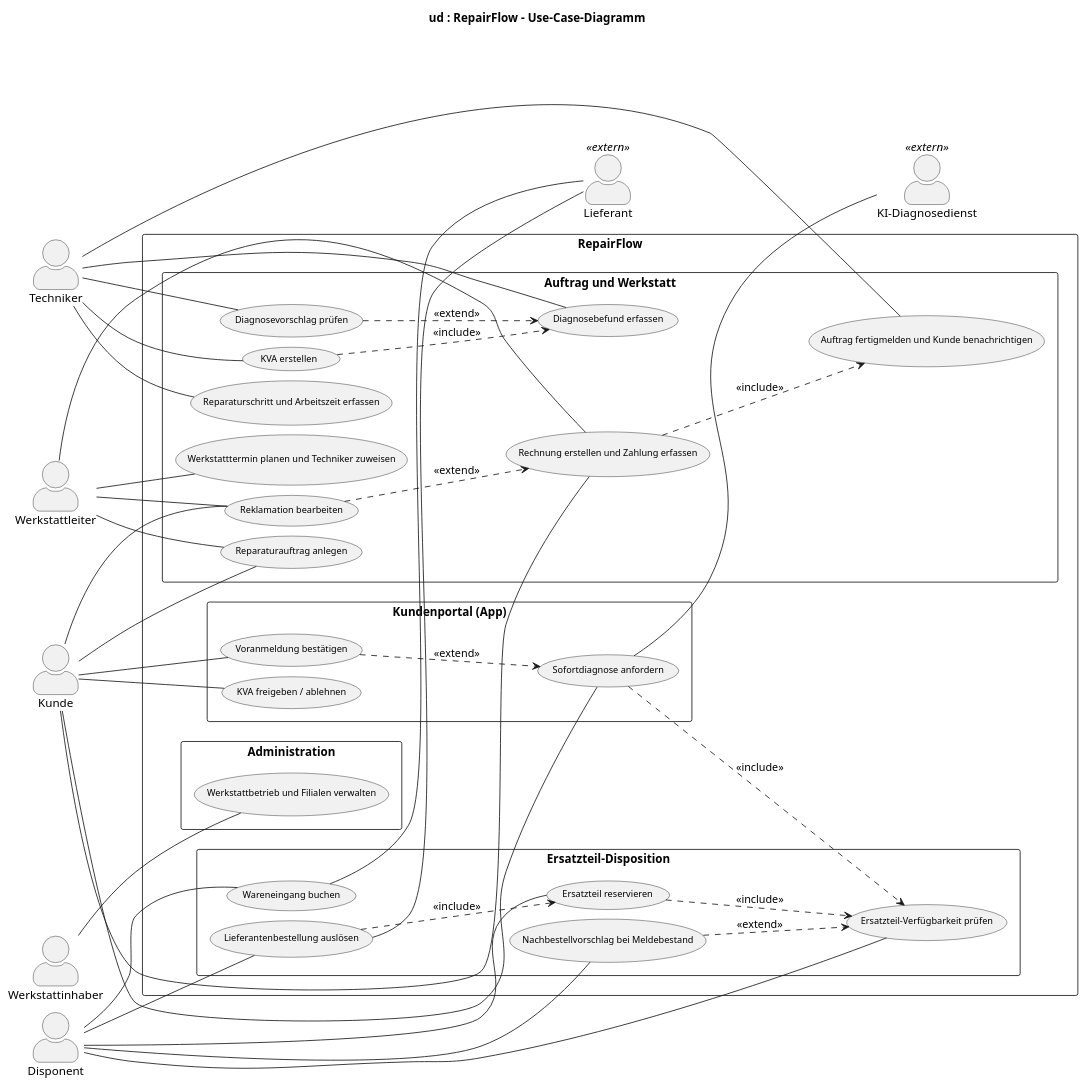
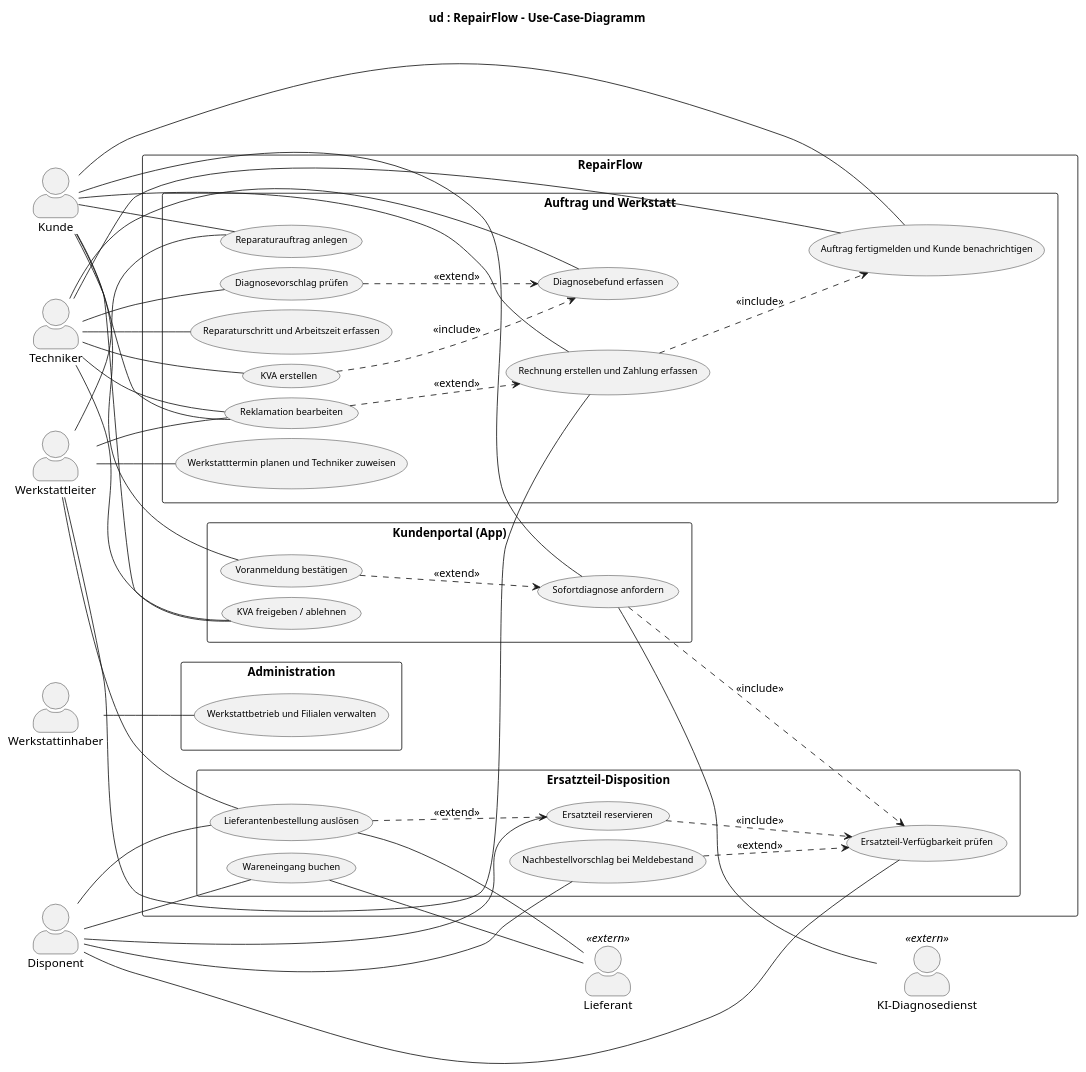
Before and after one commit to jakobschwan123-cmd/casestudy-semester-3: the diagram in uml/usecase.puml, drawn with PlantUML. The commit also changed 72 other files, not shown here.

```diff
--- a/uml/usecase.puml
+++ b/uml/usecase.puml
@@ -1,83 +1,87 @@
 @startuml
 left to right direction
 skinparam packageStyle rectangle
 skinparam defaultFontName Arial
 skinparam usecaseFontSize 11
 skinparam actorStyle awesome
 skinparam nodesep 12
 skinparam ranksep 60
 title ud : RepairFlow – Use-Case-Diagramm
 
 actor "Kunde" as Kunde
 actor "Techniker" as Techniker
 actor "Disponent" as Disponent
 actor "Werkstattleiter" as Werkstattleiter
 actor "Werkstattinhaber" as Werkstattinhaber
 
 rectangle "RepairFlow" {
   rectangle "Kundenportal (App)" {
     usecase "Sofortdiagnose anfordern" as UC01
     usecase "Voranmeldung bestätigen" as UC02
     usecase "KVA freigeben / ablehnen" as UC07
   }
   rectangle "Auftrag und Werkstatt" {
     usecase "Reparaturauftrag anlegen" as UC03
     usecase "Werkstatttermin planen und Techniker zuweisen" as UC17
     usecase "Diagnosevorschlag prüfen" as UC04
     usecase "Diagnosebefund erfassen" as UC05
     usecase "KVA erstellen" as UC06
     usecase "Reparaturschritt und Arbeitszeit erfassen" as UC13
     usecase "Auftrag fertigmelden und Kunde benachrichtigen" as UC14
     usecase "Rechnung erstellen und Zahlung erfassen" as UC15
     usecase "Reklamation bearbeiten" as UC16
   }
   rectangle "Ersatzteil-Disposition" {
     usecase "Ersatzteil-Verfügbarkeit prüfen" as UC08
     usecase "Ersatzteil reservieren" as UC09
     usecase "Lieferantenbestellung auslösen" as UC10
     usecase "Wareneingang buchen" as UC11
     usecase "Nachbestellvorschlag bei Meldebestand" as UC12
   }
   rectangle "Administration" {
     usecase "Werkstattbetrieb und Filialen verwalten" as UC18
   }
 }
 
 actor "Lieferant" as Lieferant <<extern>>
 actor "KI-Diagnosedienst" as KIDienst <<extern>>
 
 Kunde -- UC01
 Kunde -- UC02
 Kunde -- UC03
 Kunde -- UC07
+Kunde -- UC14
 Kunde -- UC15
 Kunde -- UC16
 Techniker -- UC04
 Techniker -- UC05
 Techniker -- UC06
+Techniker -- UC07
 Techniker -- UC13
 Techniker -- UC14
+Techniker -- UC16
 Disponent -- UC08
 Disponent -- UC09
 Disponent -- UC10
 Disponent -- UC11
 Disponent -- UC12
 Werkstattleiter -- UC03
+Werkstattleiter -- UC10
 Werkstattleiter -- UC15
 Werkstattleiter -- UC16
 Werkstattleiter -- UC17
 Werkstattinhaber -- UC18
 UC10 -- Lieferant
 UC11 -- Lieferant
 UC01 -- KIDienst
 
 UC01 ..> UC08 : <<include>>
 UC06 ..> UC05 : <<include>>
 UC09 ..> UC08 : <<include>>
-UC10 ..> UC09 : <<include>>
 UC15 ..> UC14 : <<include>>
 UC02 ..> UC01 : <<extend>>
 UC04 ..> UC05 : <<extend>>
+UC10 ..> UC09 : <<extend>>
 UC12 ..> UC08 : <<extend>>
 UC16 ..> UC15 : <<extend>>
 @enduml
```
